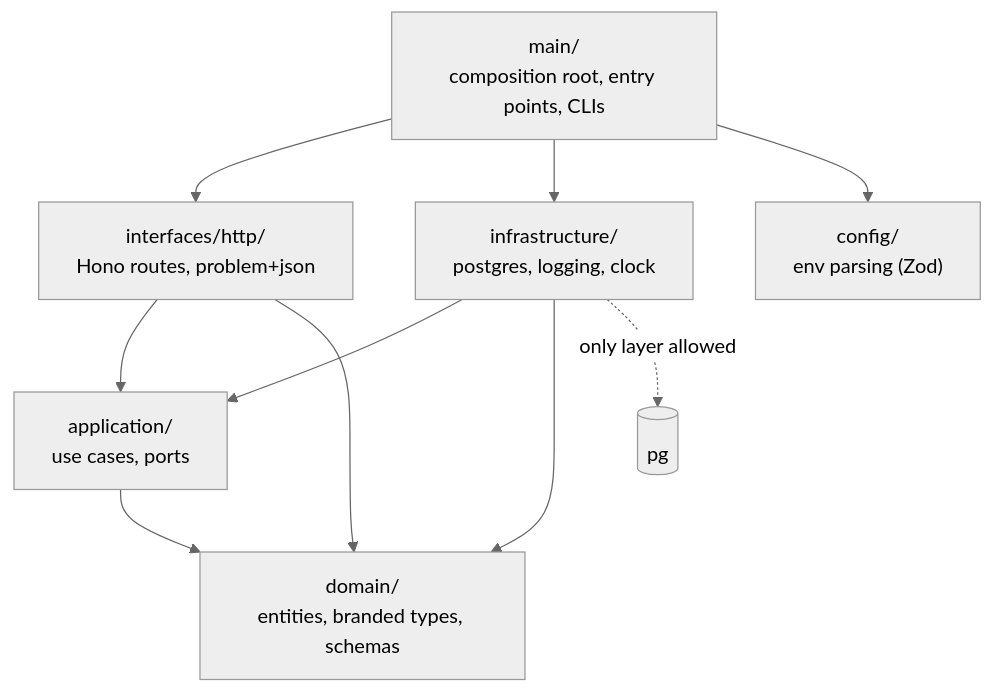
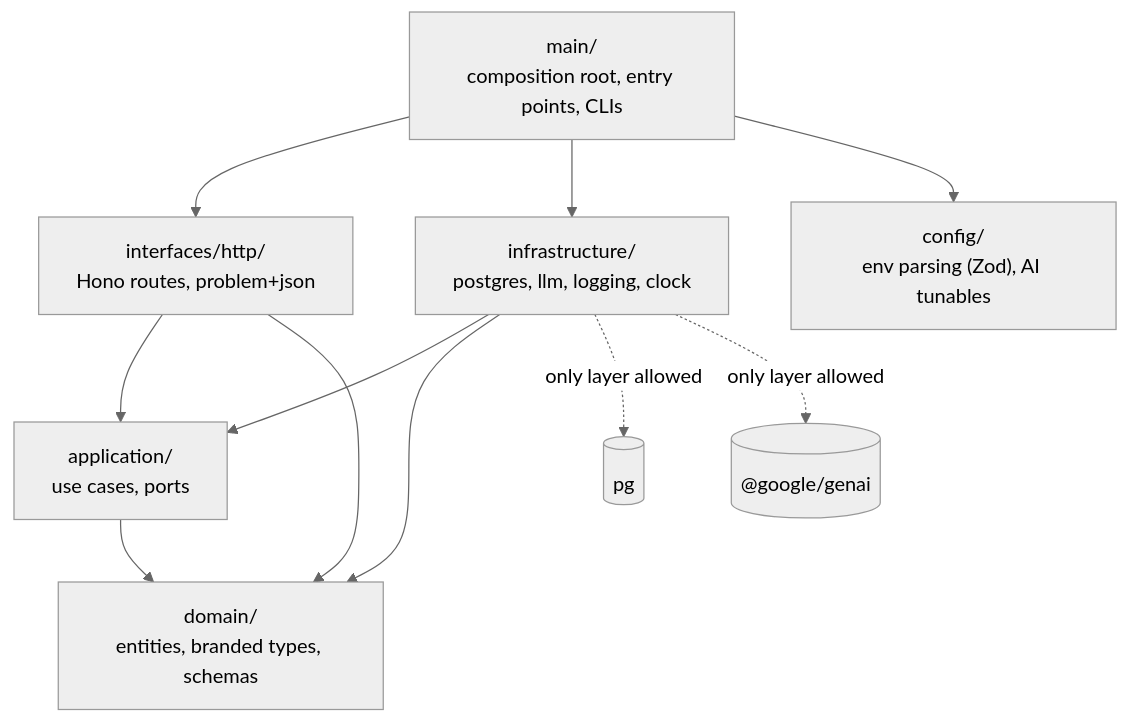
Before and after one commit to Hqasim/hiresignal: the second of 4 diagrams in docs/architecture.md, drawn with Mermaid (neutral theme). The commit also changed other lines of this file and 7 other files, not shown here.

First line of the commit message:
docs: phase 2 architecture, readmes, runbook

````diff
--- a/docs/architecture.md
+++ b/docs/architecture.md
@@ -27,12 +27,13 @@
 ```mermaid
 flowchart TD
   main["main/<br/>composition root, entry points, CLIs"] --> interfaces
   main --> infrastructure
-  main --> config["config/<br/>env parsing (Zod)"]
+  main --> config["config/<br/>env parsing (Zod), AI tunables"]
   interfaces["interfaces/http/<br/>Hono routes, problem+json"] --> application
-  infrastructure["infrastructure/<br/>postgres, logging, clock"] --> application
+  infrastructure["infrastructure/<br/>postgres, llm, logging, clock"] --> application
   application["application/<br/>use cases, ports"] --> domain["domain/<br/>entities, branded types, schemas"]
   interfaces --> domain
   infrastructure --> domain
   infrastructure -.->|only layer allowed| pg[(pg)]
+  infrastructure -.->|only layer allowed| genai[("@google/genai")]
 ```
````
